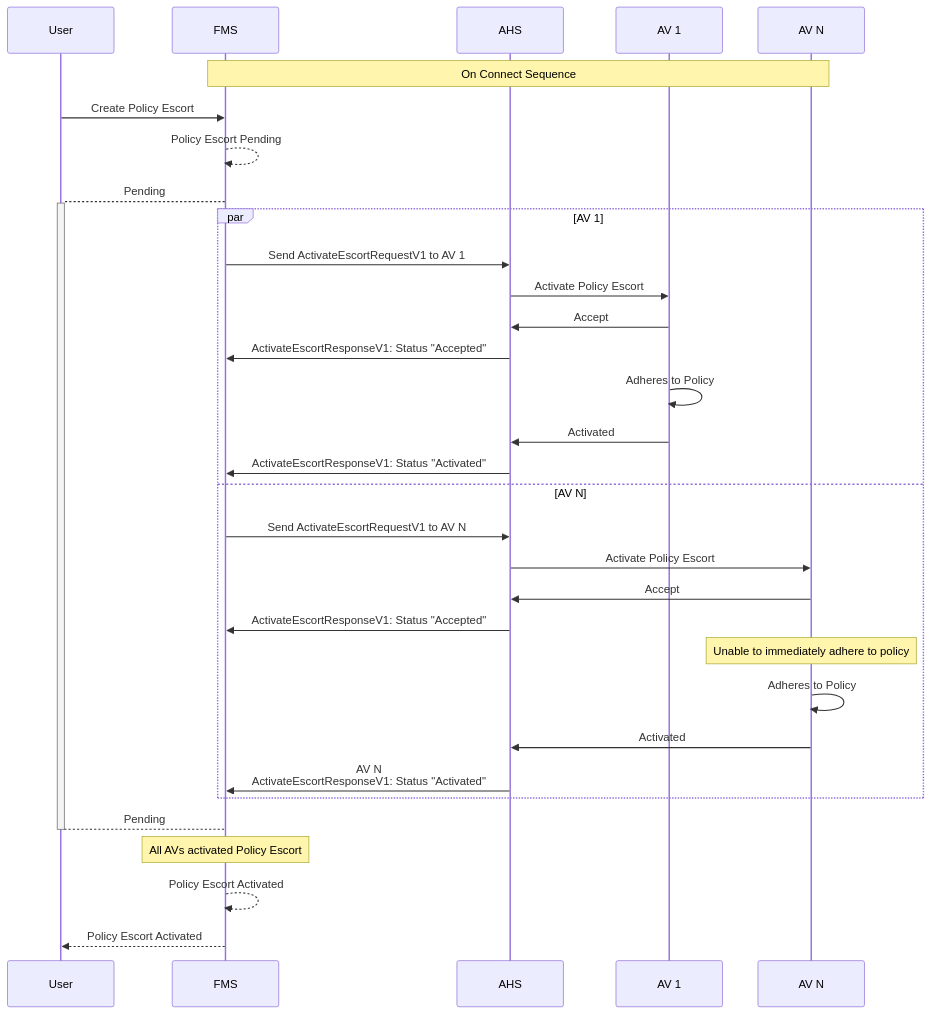
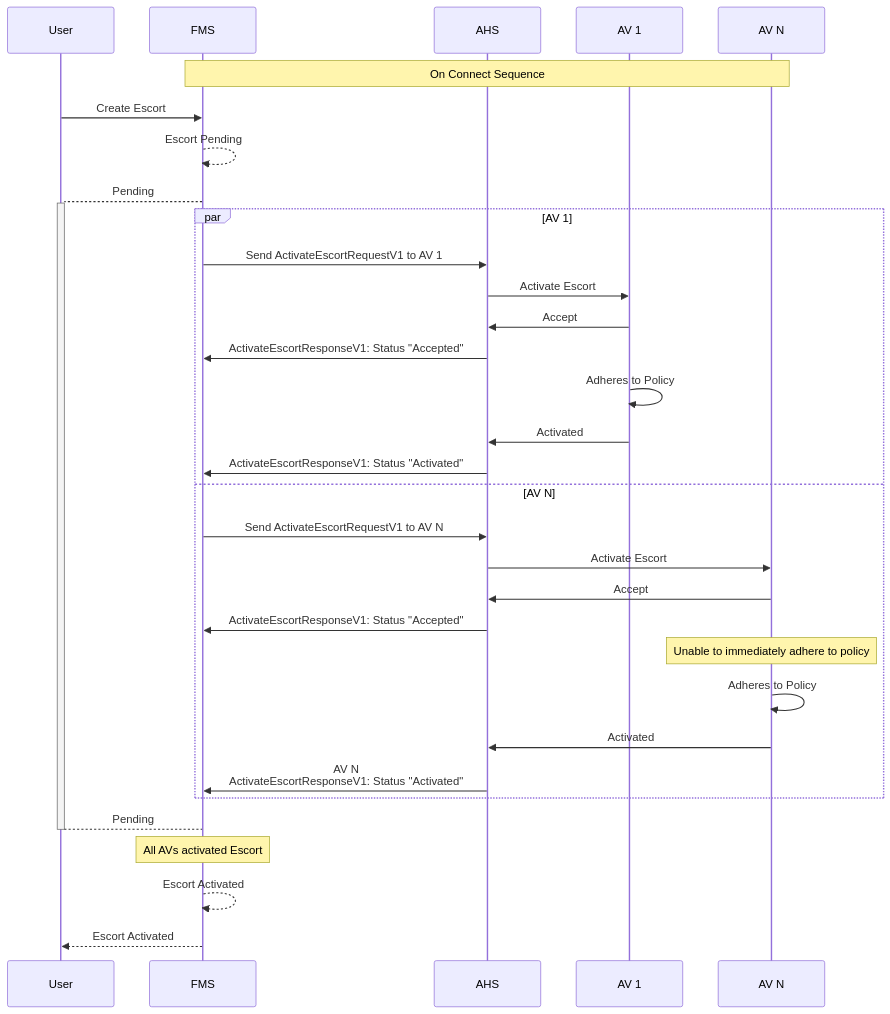
One commit to open-autonomy/escort changed the first of 3 diagrams in diagram/PolicyEscortActivation.md. Above: the diagram before and after it, drawn with Mermaid. The commit also changed other lines of this file and 16 other files, not shown here.

Commit message:
Remove "policy" from escort terminology throughout repository

````diff
--- a/diagram/PolicyEscortActivation.md
+++ b/diagram/PolicyEscortActivation.md
@@ -9,36 +9,36 @@
 ```mermaid
 sequenceDiagram
     participant User
     participant FMS
     participant AHS
     participant AV 1
     participant AV N
 
     Note over FMS,AV N: On Connect Sequence
-    User->>FMS: Create Policy Escort
-    FMS-->>FMS: Policy Escort Pending
+    User->>FMS: Create Escort
+    FMS-->>FMS: Escort Pending
     FMS-->+User: Pending
     par AV 1
         FMS->>AHS: Send ActivateEscortRequestV1 to AV 1
-        AHS->>AV 1: Activate Policy Escort
+        AHS->>AV 1: Activate Escort
         AV 1->>AHS: Accept
         AHS->>FMS: ActivateEscortResponseV1: Status "Accepted"
         AV 1->>AV 1: Adheres to Policy
         AV 1->>AHS: Activated
         AHS->>FMS: ActivateEscortResponseV1: Status "Activated"
     and AV N
         FMS->>AHS: Send ActivateEscortRequestV1 to AV N
-        AHS->>AV N: Activate Policy Escort
+        AHS->>AV N: Activate Escort
         AV N->>AHS: Accept
         AHS->>FMS: ActivateEscortResponseV1: Status "Accepted"
         Note Over AV N: Unable to immediately adhere to policy
         AV N->>AV N: Adheres to Policy
         AV N->>AHS: Activated
         AHS->>FMS: AV N <br/> ActivateEscortResponseV1: Status "Activated"
     end
 
     User-->-FMS: Pending
-    Note Over FMS: All AVs activated Policy Escort
-    FMS-->>FMS: Policy Escort Activated
-    FMS-->>User: Policy Escort Activated
+    Note Over FMS: All AVs activated Escort
+    FMS-->>FMS: Escort Activated
+    FMS-->>User: Escort Activated
 ```
````
